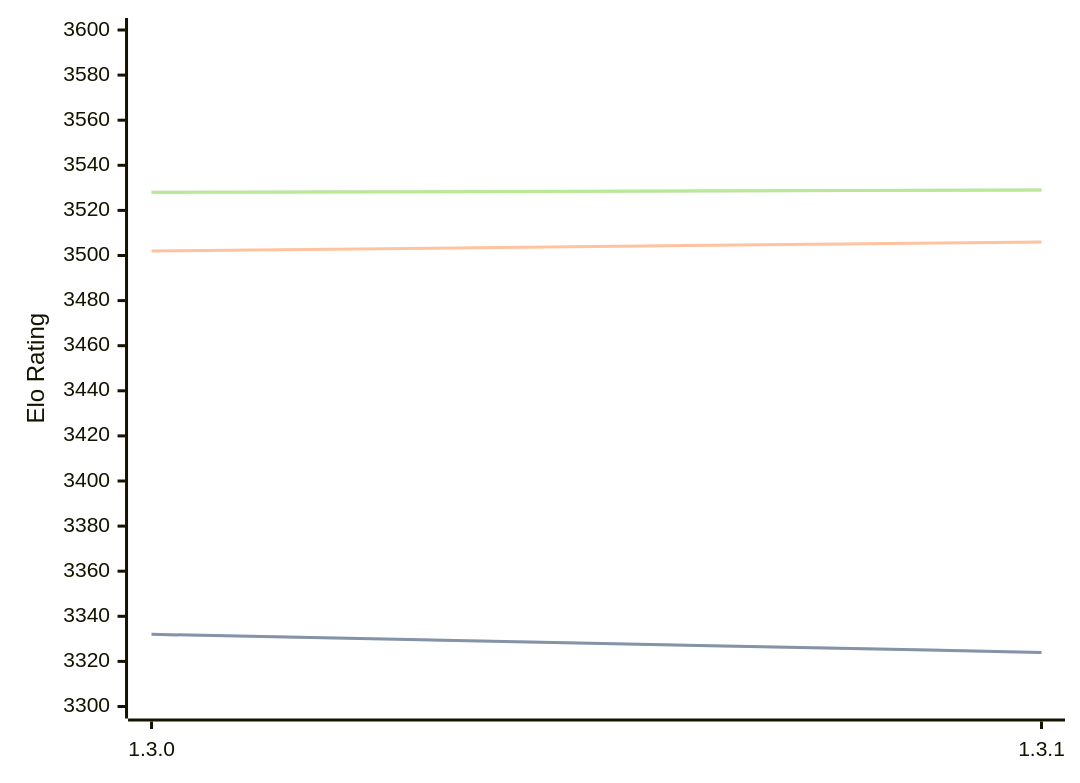
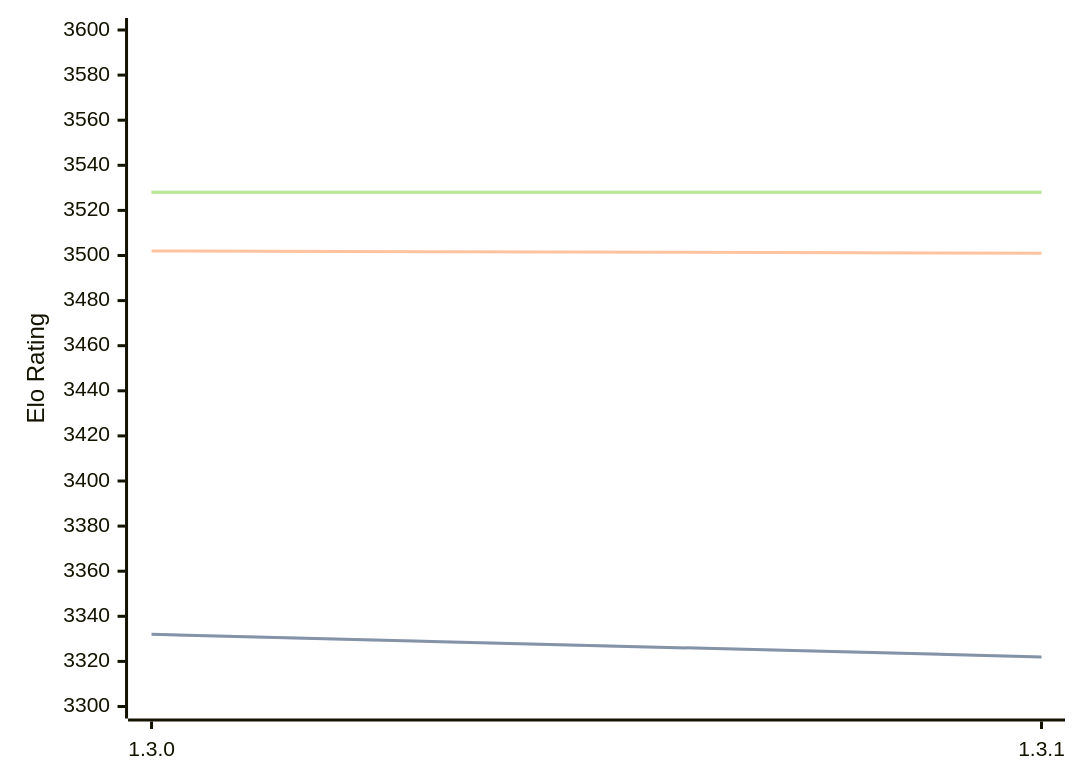
One commit to computer-chess-index/cci changed the diagram in engines/Renegade.md. Above: the diagram before and after it, drawn with Mermaid. The commit also changed other lines of this file, not shown here.

Commit message:
Update CCI Ratings (ELO VLTC) - 2026-07-27

````diff
--- a/engines/Renegade.md
+++ b/engines/Renegade.md
@@ -42,11 +42,11 @@
 ```mermaid
 %%{init: {"theme":"base","themeVariables":{"seriesColors:['#a3a3a3','#222221','#faa371']}}}%%
 xychart-beta
   x-axis ["1.3.0", "1.3.1"]
   y-axis "Elo Rating" 3300 --> 3600
-  line "STC (8.0+0.08s)" [3332, 3324]
-  line "STC (8.0+0.08s)" [3332, 3324]
-  line "LTC (60.0+0.60s)" [3502, 3506]
-  line "VLTC (2m24s+1.12s)" [3528, 3529]
-  line "VLTC (2m24s+1.12s)" [3528, 3529]
+  line "STC (8.0+0.08s)" [3332, 3322]
+  line "STC (8.0+0.08s)" [3332, 3322]
+  line "LTC (60.0+0.60s)" [3502, 3501]
+  line "VLTC (2m24s+1.12s)" [3528, 3528]
+  line "VLTC (2m24s+1.12s)" [3528, 3528]
 ```
````
